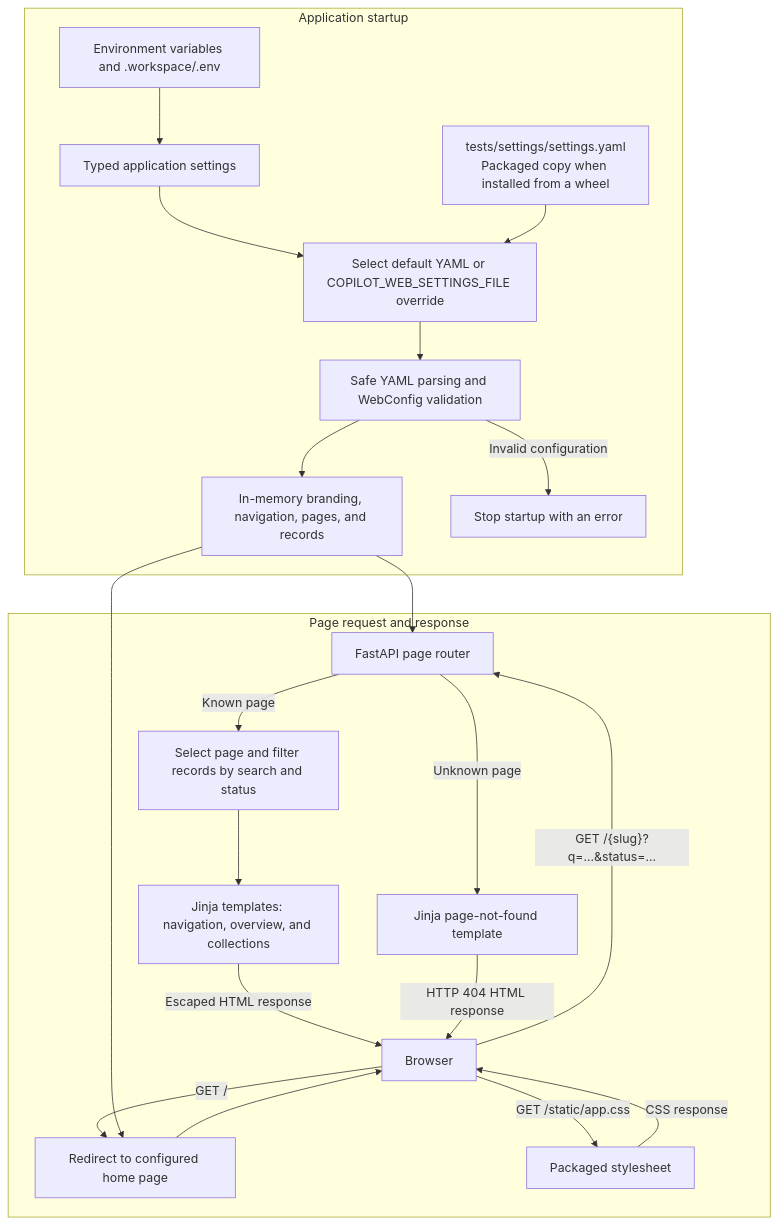
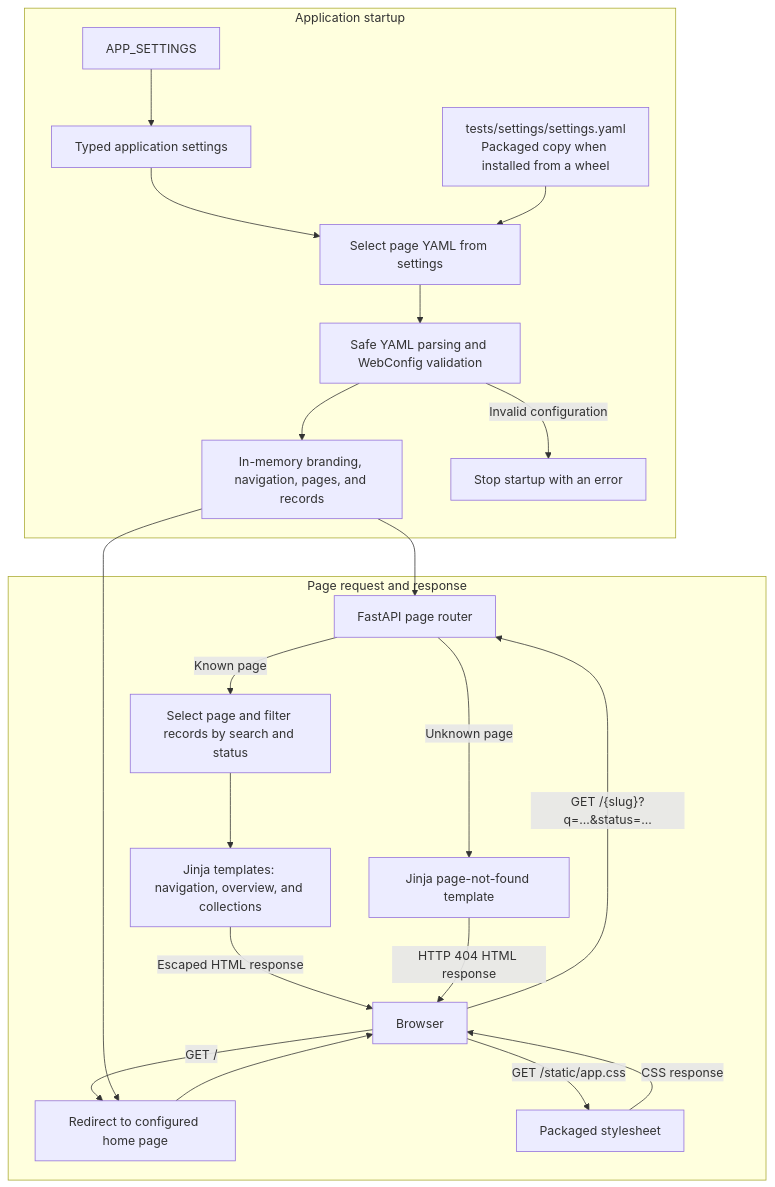
One commit to Asphalt2017/AI-Project-Mgmt-Copilot changed the diagram in README.md. Above: the diagram before and after it, drawn with Mermaid. The commit also changed other lines of this file and 9 other files, not shown here.

````diff
--- a/README.md
+++ b/README.md
@@ -31,26 +31,26 @@
 ```mermaid
 flowchart TD
     subgraph Startup[Application startup]
-        Env["Environment variables and .workspace/.env"] --> Settings["Typed application settings"]
-        Settings --> Source["Select default YAML or COPILOT_WEB_SETTINGS_FILE override"]
+        Env["APP_SETTINGS"] --> Settings["Typed application settings"]
+        Settings --> Source["Select page YAML from settings"]
         YAML["tests/settings/settings.yaml<br/>Packaged copy when installed from a wheel"] --> Source
         Source --> Validate["Safe YAML parsing and WebConfig validation"]
         Validate --> Config["In-memory branding, navigation, pages, and records"]
         Validate -->|Invalid configuration| Stop["Stop startup with an error"]
     end
 
     subgraph Requests[Page request and response]
         Browser["Browser"] -->|GET /| Home["Redirect to configured home page"]
         Home --> Browser
         Browser -->|"GET /{slug}?q=...&status=..."| Router["FastAPI page router"]
         Config --> Router
         Config --> Home
         Router -->|Known page| Filter["Select page and filter records by search and status"]
         Filter --> Templates["Jinja templates: navigation, overview, and collections"]
         Router -->|Unknown page| NotFound["Jinja page-not-found template"]
         Templates -->|Escaped HTML response| Browser
         NotFound -->|HTTP 404 HTML response| Browser
         Browser -->|GET /static/app.css| Static["Packaged stylesheet"]
         Static -->|CSS response| Browser
     end
 ```
````
